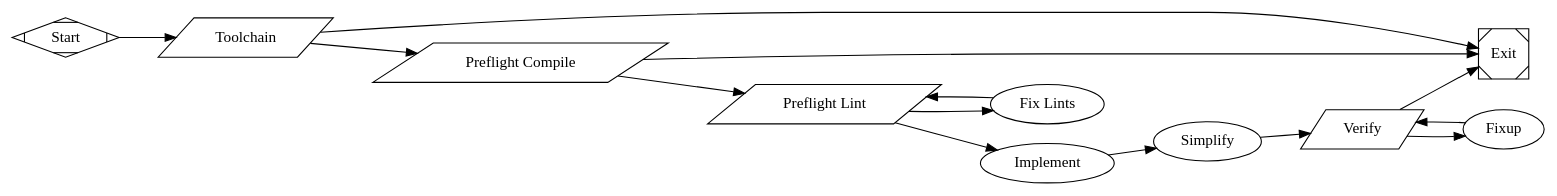
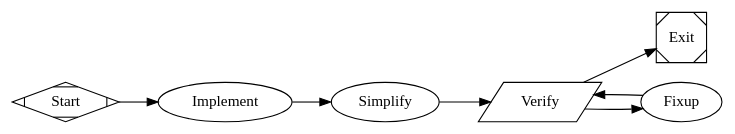
The sixth of 6 diagrams in skills/fabro-create-workflow/references/example-workflows.md (happybigmtn/raspberry), drawn with Graphviz before and after one commit. The commit also changed other lines of this file and 75 other files, not shown here.

````diff
--- a/skills/fabro-create-workflow/references/example-workflows.md
+++ b/skills/fabro-create-workflow/references/example-workflows.md
@@ -217,36 +124,19 @@
 ```dot
-digraph ImplementAndSimplify {
-    graph [
-        goal="Implement and simplify",
-        model_stylesheet="
-            * { backend: api; model: claude-opus-4-6;}
-        "
-    ]
+digraph ProductionGate {
+    graph [goal="Implement, simplify, and verify the change"]
     rankdir=LR
 
     start [shape=Mdiamond, label="Start"]
     exit  [shape=Msquare, label="Exit"]
 
-    toolchain         [label="Toolchain", shape=parallelogram, script="command -v cargo >/dev/null || { curl --proto '=https' --tlsv1.2 -sSf https://sh.rustup.rs | sh -s -- -y && sudo ln -sf $HOME/.cargo/bin/* /usr/local/bin/; }; cargo --version 2>&1", max_retries=0]
-    preflight_compile [label="Preflight Compile", shape=parallelogram, script="cargo check 2>&1", max_retries=0]
-    preflight_lint    [label="Preflight Lint", shape=parallelogram, script="cargo clippy -- -D warnings 2>&1", max_retries=0]
-    fix_lints         [label="Fix Lints", prompt="The preflight lint step failed. Read the build output from context and fix all clippy lint warnings.", max_visits=3]
-    implement         [label="Implement", prompt="Read the plan file referenced in the goal and implement every step. Make all the code changes described in the plan."]
-    simplify          [label="Simplify", prompt="Review the changes just made. Simplify and clean up the code without changing behavior."]
-    verify            [label="Verify", shape=parallelogram, script="cargo clippy -- -D warnings 2>&1 && cargo test 2>&1", goal_gate=true, retry_target="fixup"]
-    fixup             [label="Fixup", prompt="The verify step failed. Read the build output from context and fix all clippy lint warnings and test failures.", max_visits=3]
+    implement [label="Implement", prompt="Implement the change."]
+    simplify  [label="Simplify", prompt="Simplify the result without changing behavior."]
+    verify    [shape=parallelogram, label="Verify", script="cargo clippy -- -D warnings 2>&1 && cargo test 2>&1", goal_gate=true, retry_target="fixup"]
+    fixup     [label="Fixup", prompt="Fix the verification failures.", max_visits=3]
 
-    start -> toolchain
-    toolchain -> preflight_compile [condition="outcome=success"]
-    toolchain -> exit
-    preflight_compile -> preflight_lint [condition="outcome=success"]
-    preflight_compile -> exit
-    preflight_lint -> implement [condition="outcome=success"]
-    preflight_lint -> fix_lints
-    fix_lints -> preflight_lint
-    implement -> simplify -> verify
+    start -> implement -> simplify -> verify
     verify -> exit  [condition="outcome=success"]
     verify -> fixup
     fixup -> verify
 }
 ```
````
